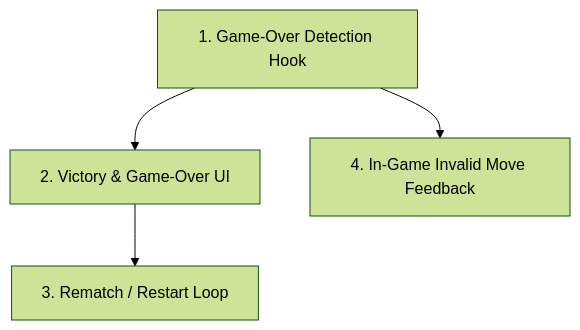
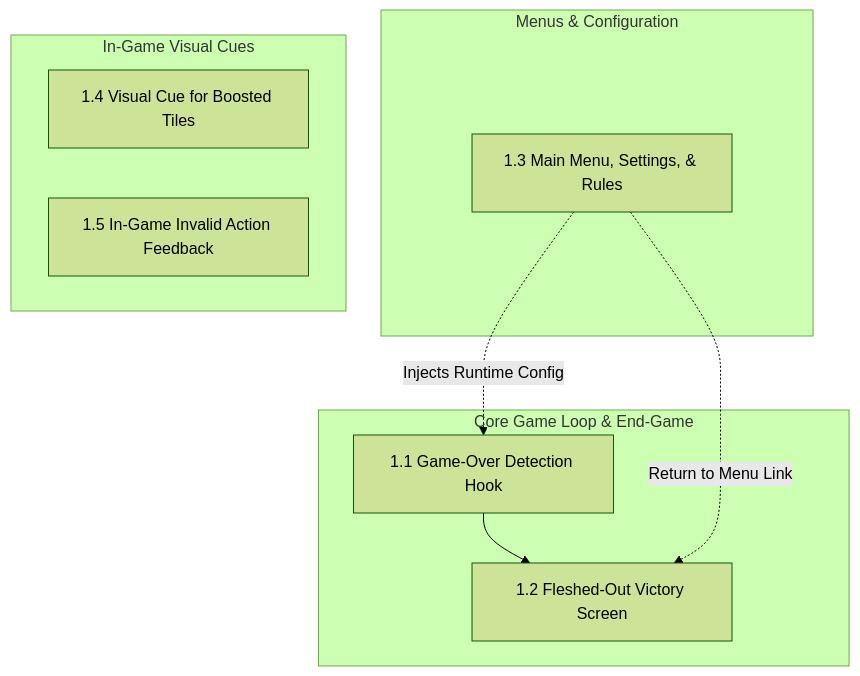
Before and after one commit to oldhame19/TacTile: the diagram in Documentation/DEVELOPMENT_ROADMAP.md, drawn with Mermaid (forest theme). The commit also changed other lines of this file and 2 other files, not shown here.

````diff
--- a/Documentation/DEVELOPMENT_ROADMAP.md
+++ b/Documentation/DEVELOPMENT_ROADMAP.md
@@ -13,6 +13,18 @@
 ```mermaid
 flowchart TD
-    Task1["1. Game-Over Detection Hook"] --> Task2["2. Victory & Game-Over UI"]
-    Task2 --> Task3["3. Rematch / Restart Loop"]
-    Task1 --> Task4["4. In-Game Invalid Move Feedback"]
+    subgraph CoreLoop["Core Game Loop & End-Game"]
+        Task1["1.1 Game-Over Detection Hook"] --> Task2["1.2 Fleshed-Out Victory Screen"]
+    end
+
+    subgraph MenusAndConfig["Menus & Configuration"]
+        Task3["1.3 Main Menu, Settings, & Rules"]
+    end
+
+    subgraph VisualCues["In-Game Visual Cues"]
+        Task4["1.4 Visual Cue for Boosted Tiles"]
+        Task5["1.5 In-Game Invalid Action Feedback"]
+    end
+
+    Task3 -.->|"Return to Menu Link"| Task2
+    Task3 -.->|"Injects Runtime Config"| Task1
 ```
````
